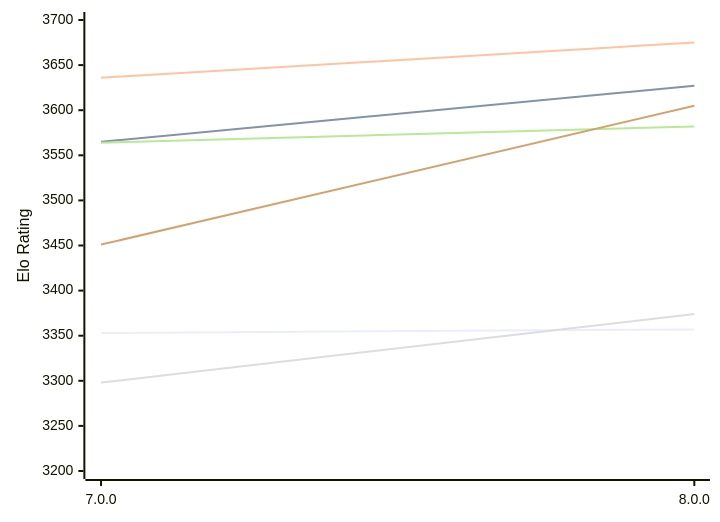
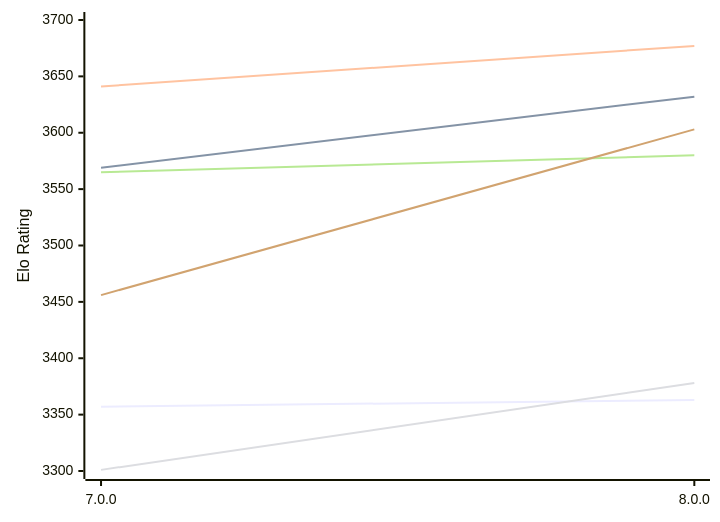
Before and after one commit to computer-chess-index/cci: the first of 2 diagrams in engines/Stormphrax.md, drawn with Mermaid. The commit also changed other lines of this file, not shown here.

Commit message:
Update CCI Ratings (ELO VLTC) - 2026-11-20

````diff
--- a/engines/Stormphrax.md
+++ b/engines/Stormphrax.md
@@ -52,12 +52,12 @@
 ```mermaid
 %%{init: {"theme":"base","themeVariables":{"seriesColors:['#a3a3a3','#222221','#faa371']}}}%%
 xychart-beta
   x-axis ["7.0.0", "8.0.0"]
-  y-axis "Elo Rating" 3200 --> 3700
-  line "E1: STC (8.0+0.08s)" [3353, 3357]
-  line "E1: LTC (60.0+0.60s)" [3565, 3627]
-  line "E1: VLTC (2m24s+1.12s)" [3636, 3675]
-  line "P1: STC (8.0+0.08s)" [3298, 3374]
-  line "P1: LTC (60.0+0.60s)" [3564, 3582]
-  line "P1: VLTC (2m24s+1.12s)" [3451, 3605]
+  y-axis "Elo Rating" 3300 --> 3700
+  line "E1: STC (8.0+0.08s)" [3357, 3363]
+  line "E1: LTC (60.0+0.60s)" [3569, 3632]
+  line "E1: VLTC (2m24s+1.12s)" [3641, 3677]
+  line "P1: STC (8.0+0.08s)" [3301, 3378]
+  line "P1: LTC (60.0+0.60s)" [3565, 3580]
+  line "P1: VLTC (2m24s+1.12s)" [3456, 3603]
 ```
````
